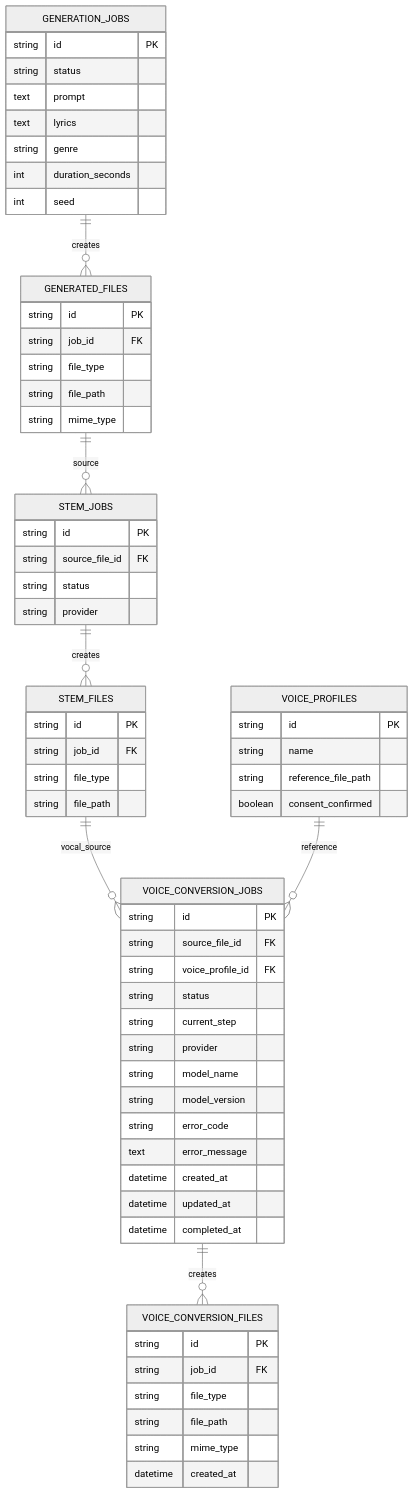
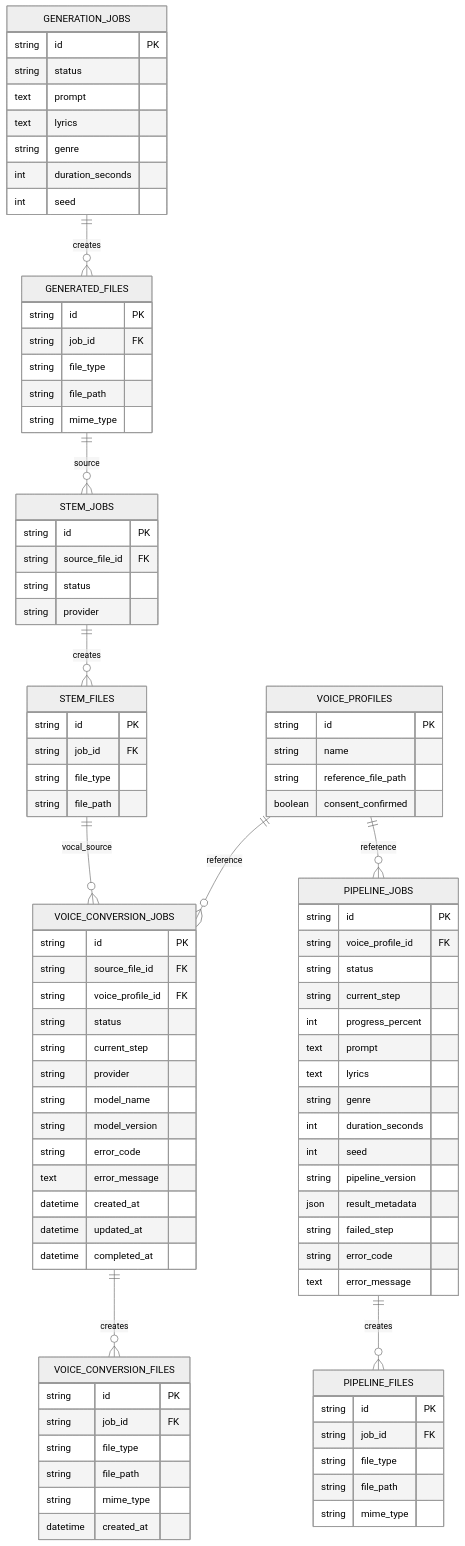
One commit to DohaStudio/DohaMusic changed the diagram in docs/07-database/erd.md. Above: the diagram before and after it, drawn with Mermaid (neutral theme). The commit also changed other lines of this file and 53 other files, not shown here.

````diff
--- a/docs/07-database/erd.md
+++ b/docs/07-database/erd.md
@@ -8,6 +8,8 @@
   STEM_FILES ||--o{ VOICE_CONVERSION_JOBS : vocal_source
   VOICE_PROFILES ||--o{ VOICE_CONVERSION_JOBS : reference
   VOICE_CONVERSION_JOBS ||--o{ VOICE_CONVERSION_FILES : creates
+  VOICE_PROFILES ||--o{ PIPELINE_JOBS : reference
+  PIPELINE_JOBS ||--o{ PIPELINE_FILES : creates
 
   GENERATION_JOBS {
     string id PK
@@ -66,4 +68,28 @@
     string mime_type
     datetime created_at
   }
+  PIPELINE_JOBS {
+    string id PK
+    string voice_profile_id FK
+    string status
+    string current_step
+    int progress_percent
+    text prompt
+    text lyrics
+    string genre
+    int duration_seconds
+    int seed
+    string pipeline_version
+    json result_metadata
+    string failed_step
+    string error_code
+    text error_message
+  }
+  PIPELINE_FILES {
+    string id PK
+    string job_id FK
+    string file_type
+    string file_path
+    string mime_type
+  }
 ```
````
